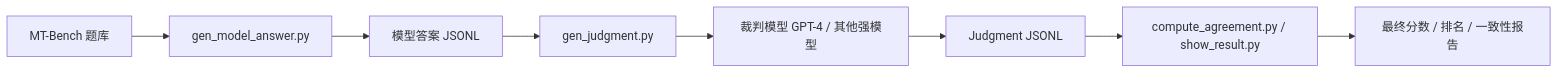
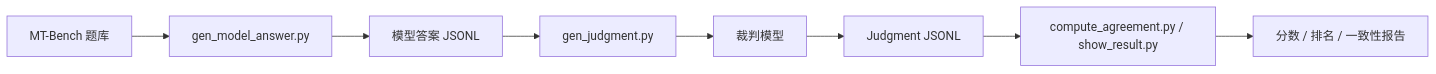
The fifth of 5 diagrams in docs/fastchat_architecture_and_eval.md (Jashinck/StartModels), drawn with Mermaid before and after one commit. The commit also changed other lines of this file, not shown here.

Commit message:
Update fastchat_architecture_and_eval.md with new content

````diff
--- a/docs/fastchat_architecture_and_eval.md
+++ b/docs/fastchat_architecture_and_eval.md
@@ -166,10 +230,10 @@
 ```mermaid
 flowchart LR
     T[MT-Bench 题库] --> A[gen_model_answer.py]
     A --> O[模型答案 JSONL]
     O --> J[gen_judgment.py]
-    J --> G[裁判模型 GPT-4 / 其他强模型]
+    J --> G[裁判模型]
     G --> D[Judgment JSONL]
     D --> C[compute_agreement.py / show_result.py]
-    C --> R[最终分数 / 排名 / 一致性报告]
+    C --> R[分数 / 排名 / 一致性报告]
 ```
````
